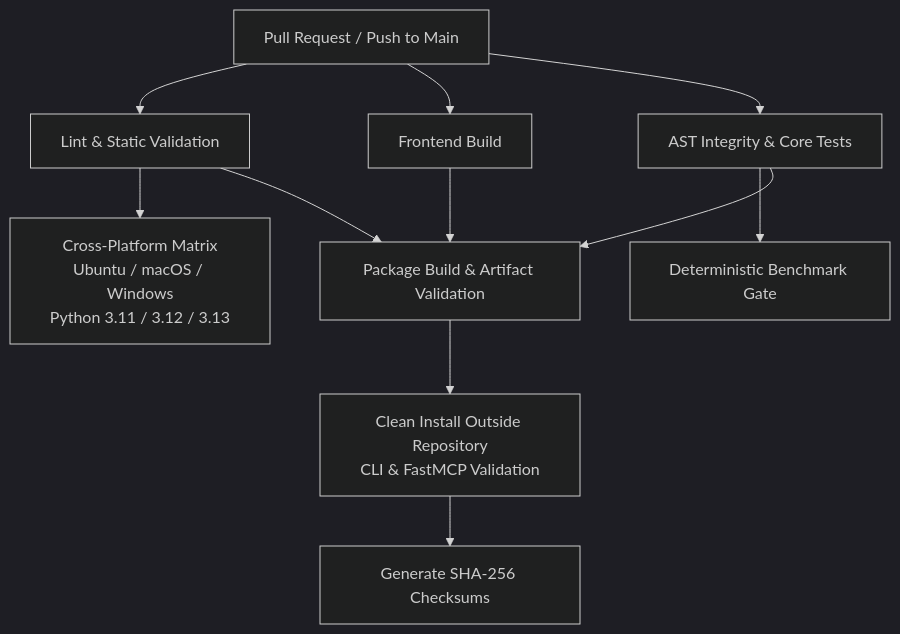
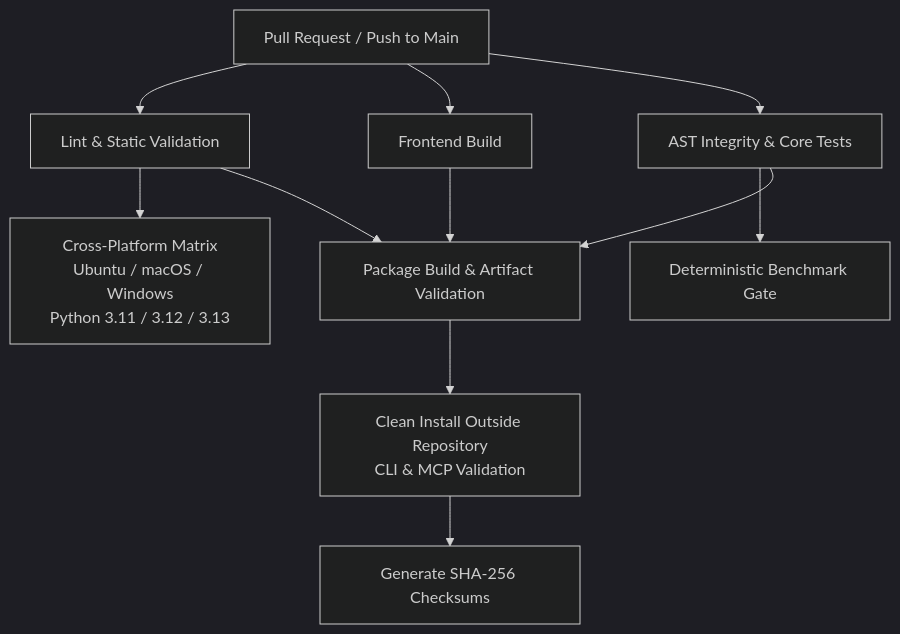
One commit to NotBhan/re-track changed the diagram in docs/product/ci-and-release.md. Above: the diagram before and after it, drawn with Mermaid (dark theme). The commit also changed other lines of this file and 30 other files, not shown here.

````diff
--- a/docs/product/ci-and-release.md
+++ b/docs/product/ci-and-release.md
@@ -11,16 +11,16 @@
 ```mermaid
 graph TD
     PR[Pull Request / Push to Main] --> Lint[Lint & Static Validation]
     PR --> FrontBuild[Frontend Build]
     PR --> AST[AST Integrity & Core Tests]
     
     Lint --> Matrix[Cross-Platform Matrix<br/>Ubuntu / macOS / Windows<br/>Python 3.11 / 3.12 / 3.13]
     AST --> BenchGate[Deterministic Benchmark Gate]
     
     FrontBuild --> PkgBuild[Package Build & Artifact Validation]
     AST --> PkgBuild
     Lint --> PkgBuild
     
-    PkgBuild --> CleanInstall[Clean Install Outside Repository<br/>CLI & FastMCP Validation]
+    PkgBuild --> CleanInstall[Clean Install Outside Repository<br/>CLI & MCP Validation]
     CleanInstall --> Checksums[Generate SHA-256 Checksums]
 ```
````
